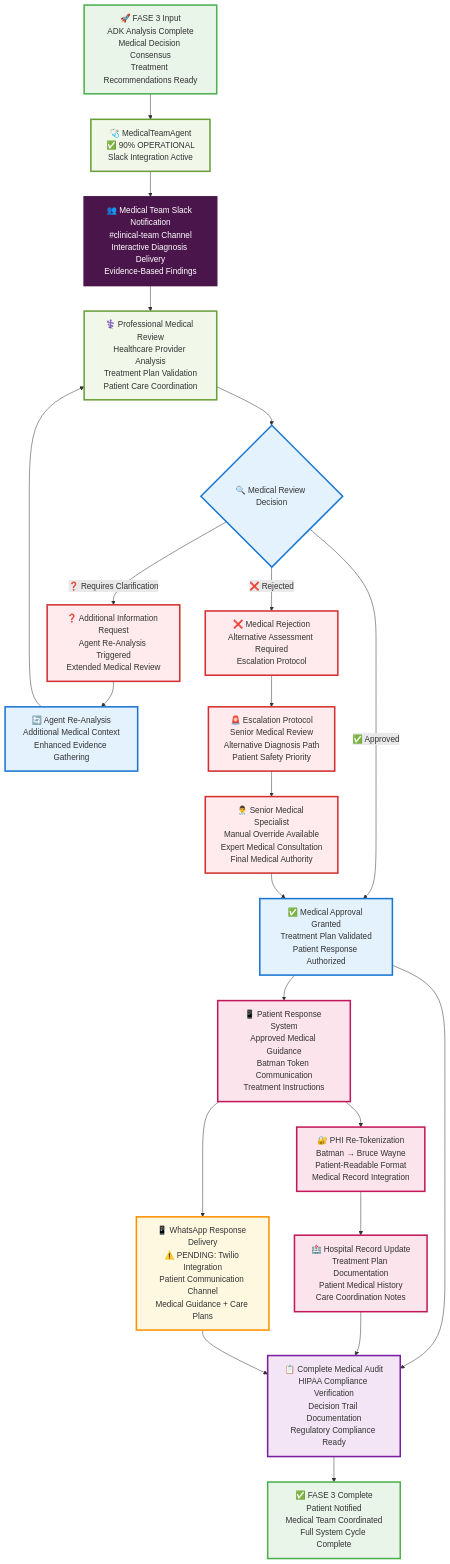
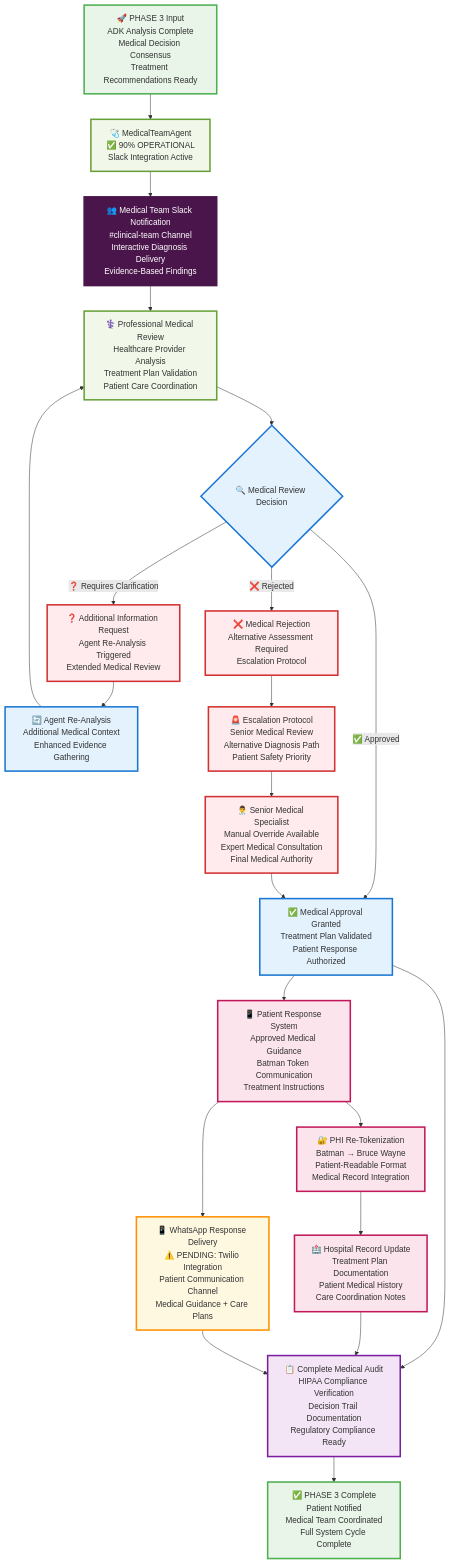
Before and after one commit to AutonomosCdM/vigia-medical-ai: the fifth of 5 diagrams in docs/ARCHITECTURE.md, drawn with Mermaid. The commit also changed other lines of this file, not shown here.

First line of the commit message:
fix: Standardize architecture documentation to professional English

````diff
--- a/docs/ARCHITECTURE.md
+++ b/docs/ARCHITECTURE.md
@@ -307,64 +307,64 @@
 ```mermaid
 graph TD
-    %% FASE 3 INPUT
-    A[🚀 FASE 3 Input<br/>ADK Analysis Complete<br/>Medical Decision Consensus<br/>Treatment Recommendations Ready] --> B[🩺 MedicalTeamAgent<br/>✅ 90% OPERATIONAL<br/>Slack Integration Active]
+    %% PHASE 3 INPUT
+    A[🚀 PHASE 3 Input<br/>ADK Analysis Complete<br/>Medical Decision Consensus<br/>Treatment Recommendations Ready] --> B[🩺 MedicalTeamAgent<br/>✅ 90% OPERATIONAL<br/>Slack Integration Active]
     
     %% MEDICAL TEAM NOTIFICATION
     B --> C[👥 Medical Team Slack Notification<br/>#clinical-team Channel<br/>Interactive Diagnosis Delivery<br/>Evidence-Based Findings]
     
     C --> D[⚕️ Professional Medical Review<br/>Healthcare Provider Analysis<br/>Treatment Plan Validation<br/>Patient Care Coordination]
     
     %% APPROVAL WORKFLOW
     D --> E{🔍 Medical Review Decision}
     E -->|✅ Approved| F[✅ Medical Approval Granted<br/>Treatment Plan Validated<br/>Patient Response Authorized]
     E -->|❓ Requires Clarification| G[❓ Additional Information Request<br/>Agent Re-Analysis Triggered<br/>Extended Medical Review]
     E -->|❌ Rejected| H[❌ Medical Rejection<br/>Alternative Assessment Required<br/>Escalation Protocol]
     
     %% CLARIFICATION LOOP
     G --> I[🔄 Agent Re-Analysis<br/>Additional Medical Context<br/>Enhanced Evidence Gathering]
     I --> D
     
     %% PATIENT RESPONSE PREPARATION
     F --> J[📱 Patient Response System<br/>Approved Medical Guidance<br/>Batman Token Communication<br/>Treatment Instructions]
     
     %% TWILIO WHATSAPP DELIVERY
     J --> K[📱 WhatsApp Response Delivery<br/>⚠️ PENDING: Twilio Integration<br/>Patient Communication Channel<br/>Medical Guidance + Care Plans]
     
     %% PHI RE-TOKENIZATION
     J --> L[🔐 PHI Re-Tokenization<br/>Batman → Bruce Wayne<br/>Patient-Readable Format<br/>Medical Record Integration]
     
     L --> M[🏥 Hospital Record Update<br/>Treatment Plan Documentation<br/>Patient Medical History<br/>Care Coordination Notes]
     
     %% AUDIT COMPLETION
     F --> N[📋 Complete Medical Audit<br/>HIPAA Compliance Verification<br/>Decision Trail Documentation<br/>Regulatory Compliance Ready]
     M --> N
     K --> N
     
     %% SYSTEM COMPLETION
-    N --> O[✅ FASE 3 Complete<br/>Patient Notified<br/>Medical Team Coordinated<br/>Full System Cycle Complete]
+    N --> O[✅ PHASE 3 Complete<br/>Patient Notified<br/>Medical Team Coordinated<br/>Full System Cycle Complete]
     
     %% ERROR HANDLING
     H --> P[🚨 Escalation Protocol<br/>Senior Medical Review<br/>Alternative Diagnosis Path<br/>Patient Safety Priority]
     P --> Q[👨‍⚕️ Senior Medical Specialist<br/>Manual Override Available<br/>Expert Medical Consultation<br/>Final Medical Authority]
     Q --> F
     
     %% STYLING
     classDef inputNode fill:#e8f5e8,stroke:#4caf50,stroke-width:3px
     classDef medicalNode fill:#f1f8e9,stroke:#689f38,stroke-width:3px
     classDef slackNode fill:#4a154b,stroke:#4a154b,stroke-width:3px,color:#fff
     classDef approvalNode fill:#e3f2fd,stroke:#1976d2,stroke-width:3px
     classDef patientNode fill:#fce4ec,stroke:#c2185b,stroke-width:3px
     classDef pendingNode fill:#fff8e1,stroke:#ff8f00,stroke-width:3px
     classDef auditNode fill:#f3e5f5,stroke:#7b1fa2,stroke-width:3px
     classDef completionNode fill:#e8f5e8,stroke:#4caf50,stroke-width:3px
     classDef errorNode fill:#ffebee,stroke:#d32f2f,stroke-width:3px
     
     class A,O inputNode
     class B,D medicalNode
     class C slackNode
     class E,F,I approvalNode
     class J,L,M patientNode
     class K pendingNode
     class N auditNode
     class G,H,P,Q errorNode
 ```
````
